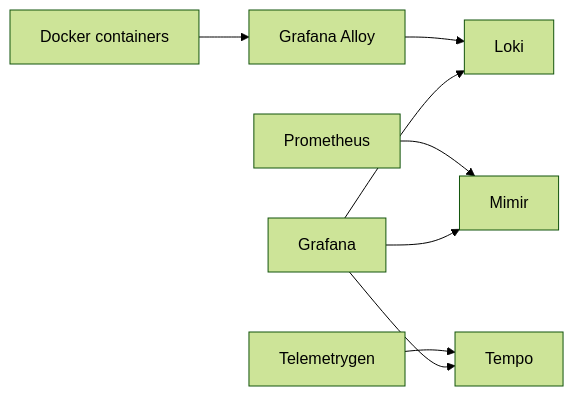
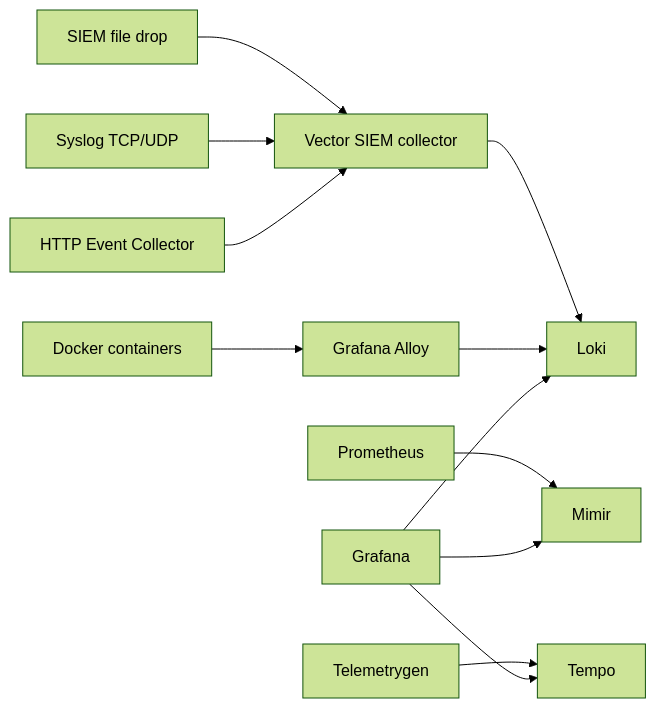
One commit to kevin-greenan/observability changed the diagram in docs/architecture.md. Above: the diagram before and after it, drawn with Mermaid (forest theme). The commit also changed other lines of this file and 18 other files, not shown here.

````diff
--- a/docs/architecture.md
+++ b/docs/architecture.md
@@ -7,10 +7,14 @@
 ```mermaid
 flowchart LR
   docker["Docker containers"] --> alloy["Grafana Alloy"]
+  files["SIEM file drop"] --> vector["Vector SIEM collector"]
+  syslog["Syslog TCP/UDP"] --> vector
+  hec["HTTP Event Collector"] --> vector
+  vector --> loki
   alloy --> loki["Loki"]
   prometheus["Prometheus"] --> mimir["Mimir"]
   telemetrygen["Telemetrygen"] --> tempo["Tempo"]
   grafana["Grafana"] --> loki
   grafana --> mimir
   grafana --> tempo
 ```
````
